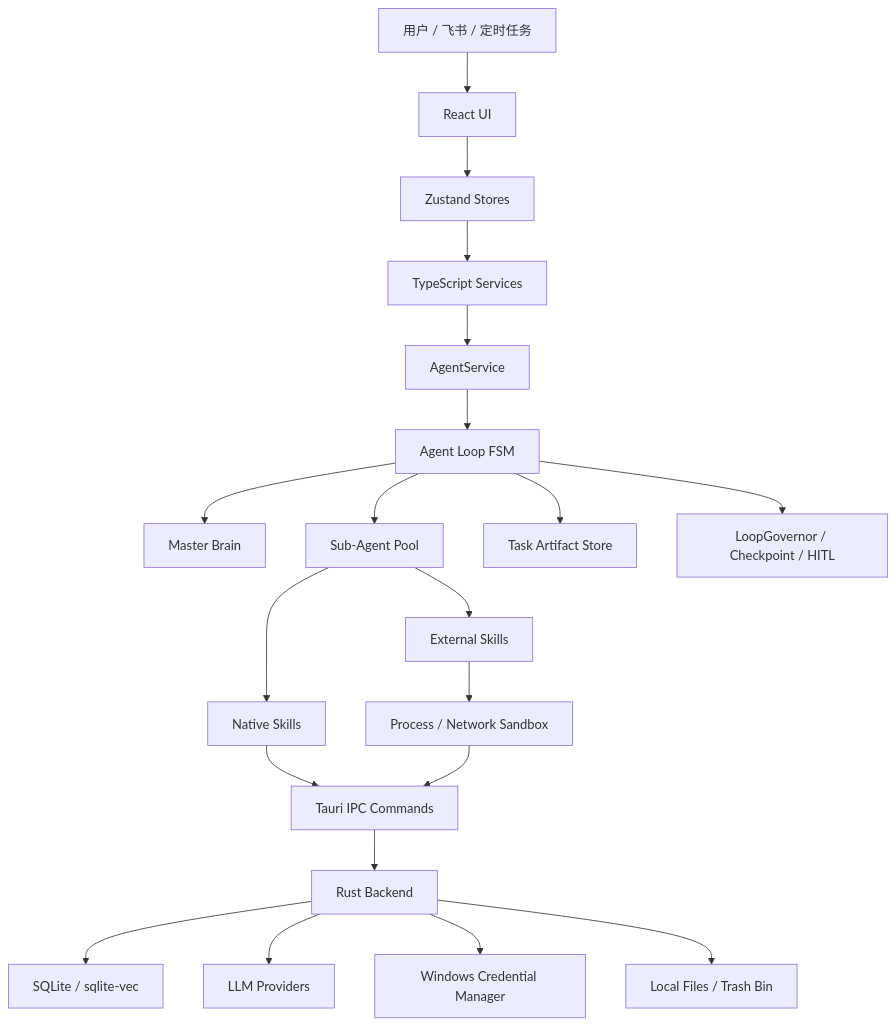
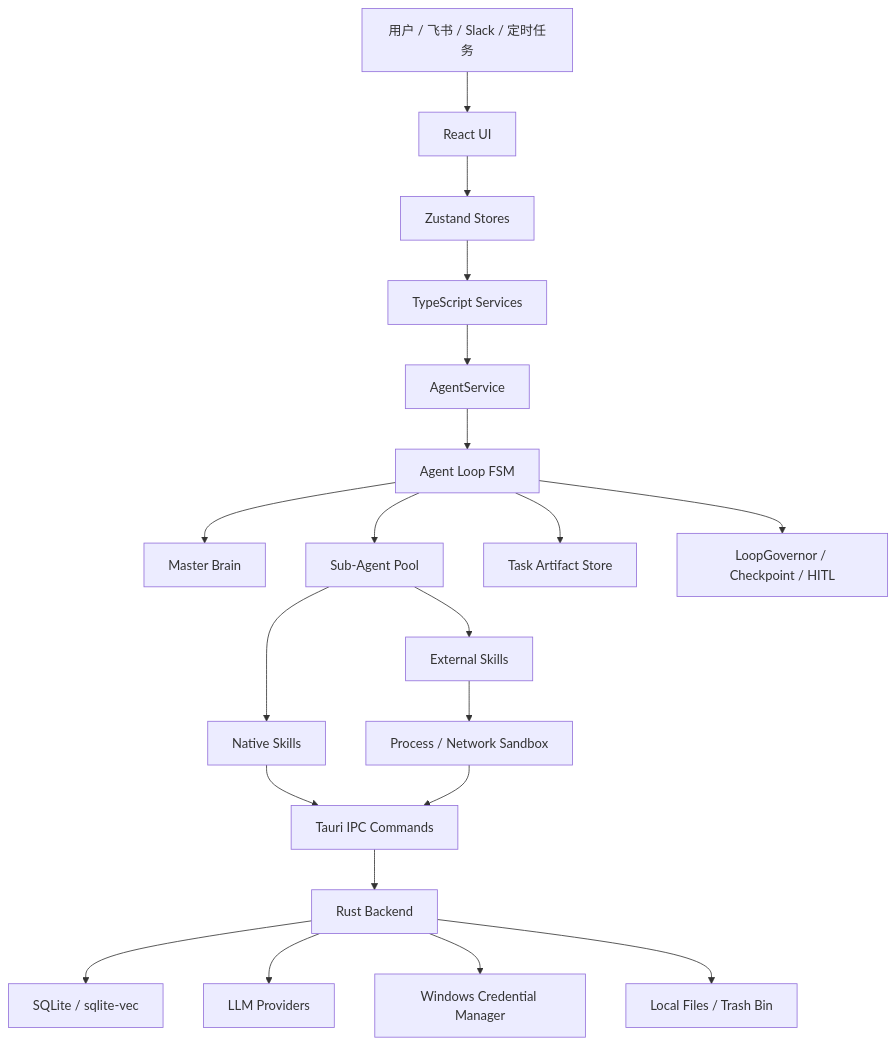
Before and after one commit to Muulor/AgentVis: the diagram in README.md, drawn with Mermaid. The commit also changed other lines of this file and 11 other files, not shown here.

````diff
--- a/README.md
+++ b/README.md
@@ -57,25 +115,25 @@
 ```mermaid
 flowchart TB
-  User["用户 / 飞书 / 定时任务"] --> UI["React UI"]
+  User["用户 / 飞书 / Slack / 定时任务"] --> UI["React UI"]
   UI --> Stores["Zustand Stores"]
   Stores --> Services["TypeScript Services"]
 
   Services --> AgentService["AgentService"]
   AgentService --> FSM["Agent Loop FSM"]
   FSM --> MB["Master Brain"]
   FSM --> SA["Sub-Agent Pool"]
   FSM --> Artifacts["Task Artifact Store"]
   FSM --> Governor["LoopGovernor / Checkpoint / HITL"]
 
   SA --> NativeSkills["Native Skills"]
   SA --> ExternalSkills["External Skills"]
   NativeSkills --> Tauri["Tauri IPC Commands"]
   ExternalSkills --> Sandbox["Process / Network Sandbox"]
   Sandbox --> Tauri
 
   Tauri --> Rust["Rust Backend"]
   Rust --> DB["SQLite / sqlite-vec"]
   Rust --> LLM["LLM Providers"]
   Rust --> KeyStore["Windows Credential Manager"]
   Rust --> FS["Local Files / Trash Bin"]
 ```
````
